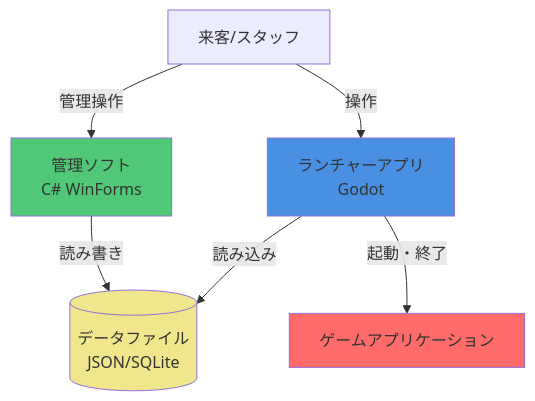
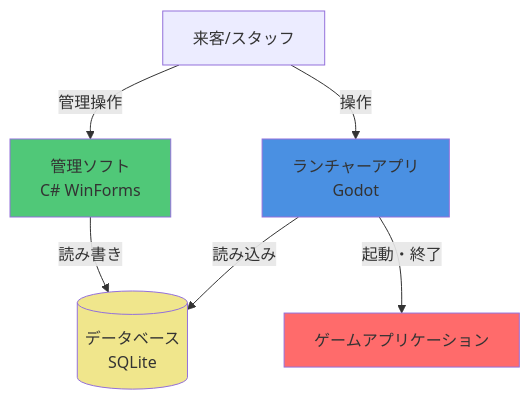
Before and after one commit to ken1208git/TonePrism: the first of 2 diagrams in SPECIFICATION.md, drawn with Mermaid. The commit also changed other lines of this file and 1 other file, not shown here.

````diff
--- a/SPECIFICATION.md
+++ b/SPECIFICATION.md
@@ -926,19 +964,19 @@
 ```mermaid
 graph TB
     User[来客/スタッフ]
     Launcher[ランチャーアプリ<br/>Godot]
     Manager[管理ソフト<br/>C# WinForms]
-    Data[(データファイル<br/>JSON/SQLite)]
+    Data[(データベース<br/>SQLite)]
     Game[ゲームアプリケーション]
     
     User -->|操作| Launcher
     User -->|管理操作| Manager
     Launcher -->|読み込み| Data
     Manager -->|読み書き| Data
     Launcher -->|起動・終了| Game
     
     style Launcher fill:#4a90e2
     style Manager fill:#50c878
     style Data fill:#f0e68c
     style Game fill:#ff6b6b
 ```
````
